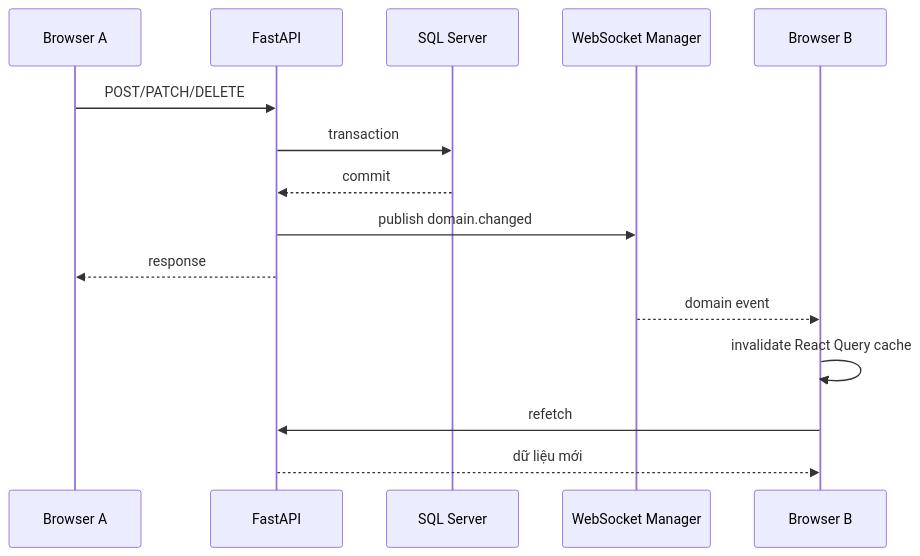
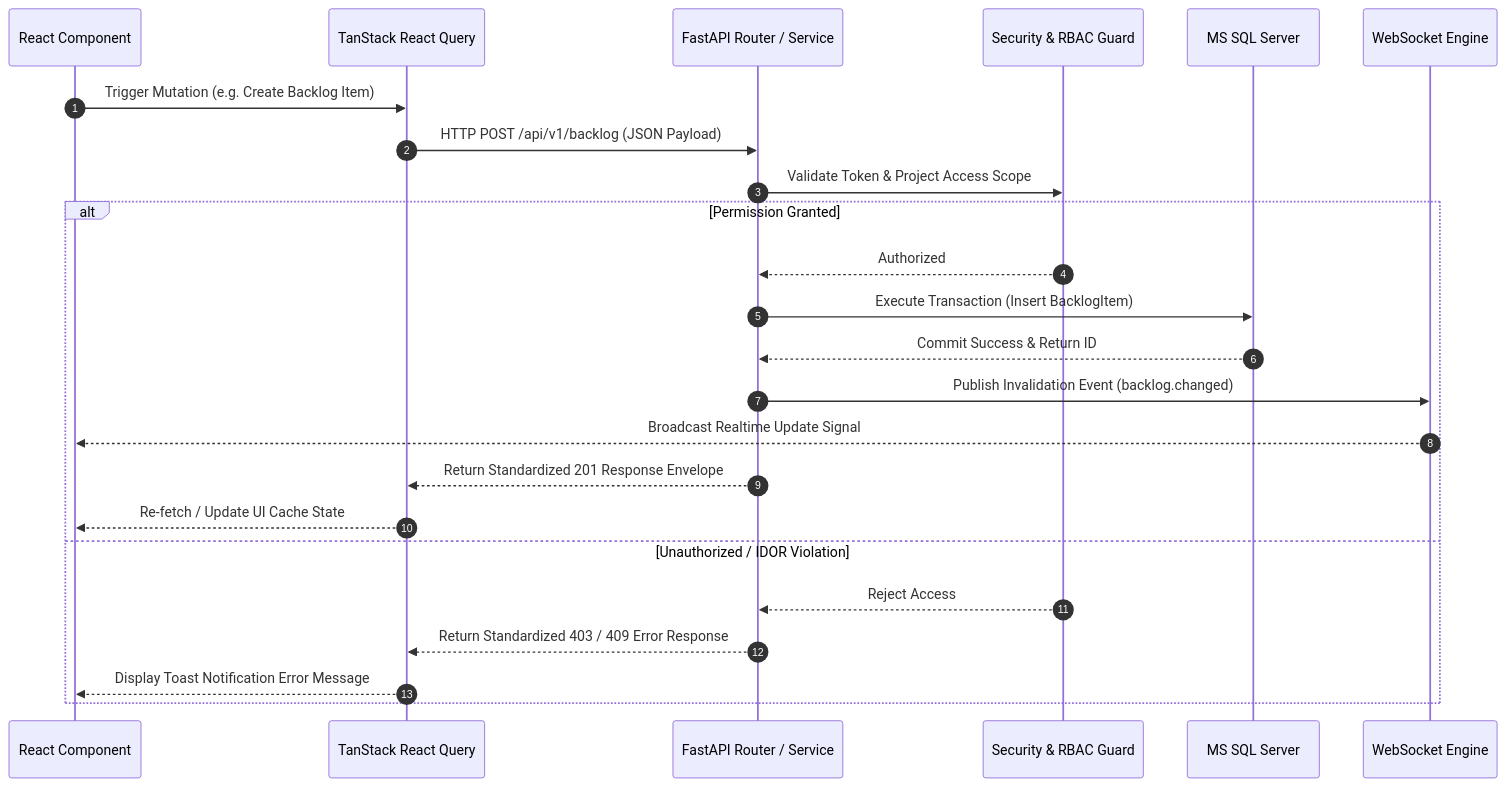
Before and after one commit to huynhlethanhnhan/TaskSyncEnterprise: the second of 7 diagrams in docs/architecture/SYSTEM_ARCHITECTURE.md, drawn with Mermaid. The commit also changed other lines of this file and 23 other files, not shown here.

````diff
--- a/docs/architecture/SYSTEM_ARCHITECTURE.md
+++ b/docs/architecture/SYSTEM_ARCHITECTURE.md
@@ -113,18 +65,27 @@
 ```mermaid
 sequenceDiagram
-    participant A as Browser A
-    participant API as FastAPI
-    participant DB as SQL Server
-    participant WS as WebSocket Manager
-    participant B as Browser B
+    autonumber
+    participant UI as React Component
+    participant TQ as TanStack React Query
+    participant API as FastAPI Router / Service
+    participant RBAC as Security & RBAC Guard
+    participant DB as MS SQL Server
+    participant WS as WebSocket Engine
 
-    A->>API: POST/PATCH/DELETE
-    API->>DB: transaction
-    DB-->>API: commit
-    API->>WS: publish domain.changed
-    API-->>A: response
-    WS-->>B: domain event
-    B->>B: invalidate React Query cache
-    B->>API: refetch
-    API-->>B: dữ liệu mới
+    UI->>TQ: Trigger Mutation (e.g. Create Backlog Item)
+    TQ->>API: HTTP POST /api/v1/backlog (JSON Payload)
+    API->>RBAC: Validate Token & Project Access Scope
+    alt Permission Granted
+        RBAC-->>API: Authorized
+        API->>DB: Execute Transaction (Insert BacklogItem)
+        DB-->>API: Commit Success & Return ID
+        API->>WS: Publish Invalidation Event (backlog.changed)
+        WS-->>UI: Broadcast Realtime Update Signal
+        API-->>TQ: Return Standardized 201 Response Envelope
+        TQ-->>UI: Re-fetch / Update UI Cache State
+    else Unauthorized / IDOR Violation
+        RBAC-->>API: Reject Access
+        API-->>TQ: Return Standardized 403 / 409 Error Response
+        TQ-->>UI: Display Toast Notification Error Message
+    end
 ```
````
